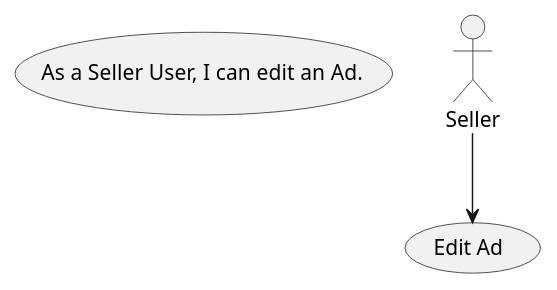
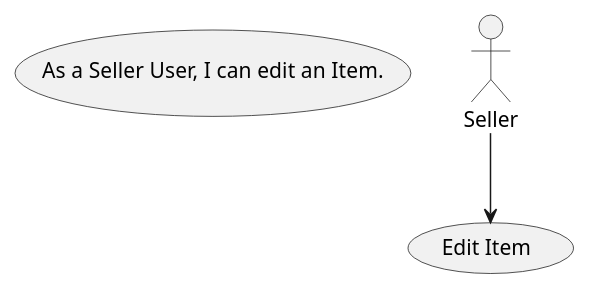
Before and after one commit to jesusfar/classified-ads-example: the diagram in src/Uml/UseCase/UC4-seller-edit-ad.puml, drawn with PlantUML. The commit also changed 16 other files, not shown here.

```diff
--- a/src/Uml/UseCase/UC4-seller-edit-ad.puml
+++ b/src/Uml/UseCase/UC4-seller-edit-ad.puml
@@ -1,8 +1,8 @@
 @startuml
 top to bottom direction
 usecase UC4 as "
-    As a Seller User, I can edit an Ad.
+    As a Seller User, I can edit an Item.
 "
 actor Seller
-Seller --> (Edit Ad)
+Seller --> (Edit Item)
 @enduml
```
